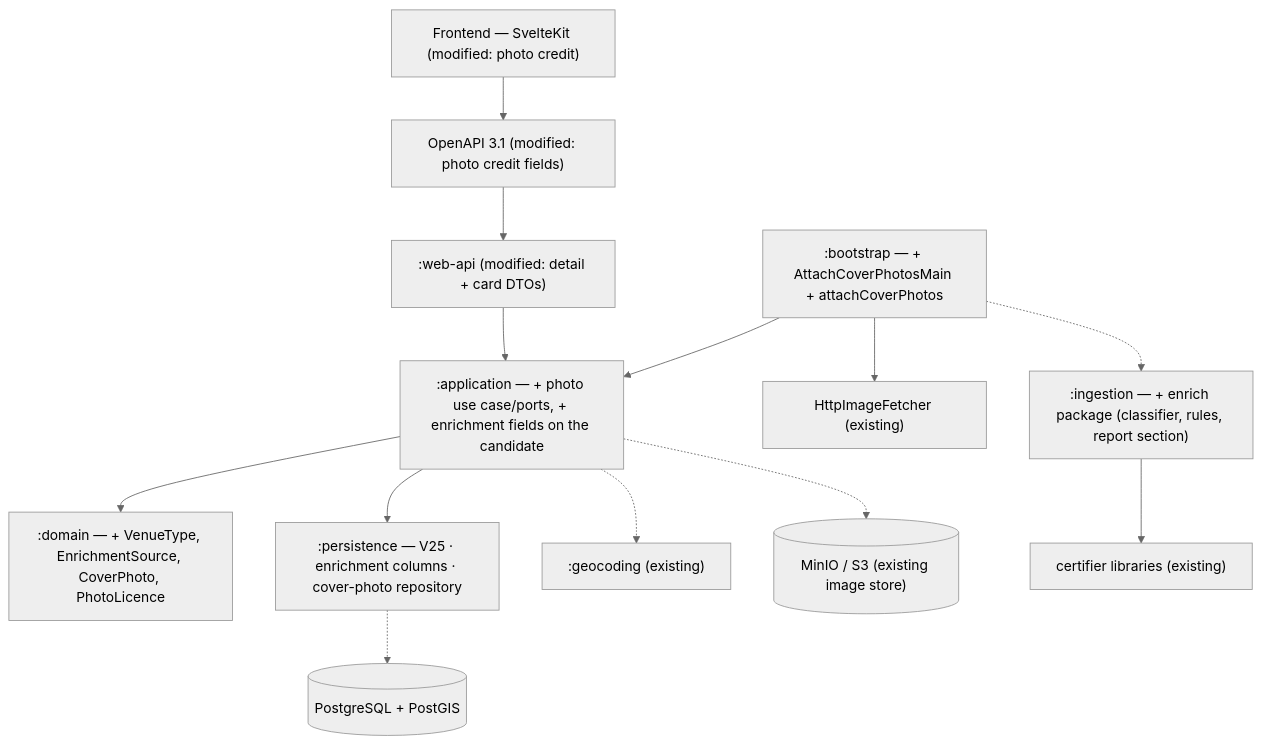
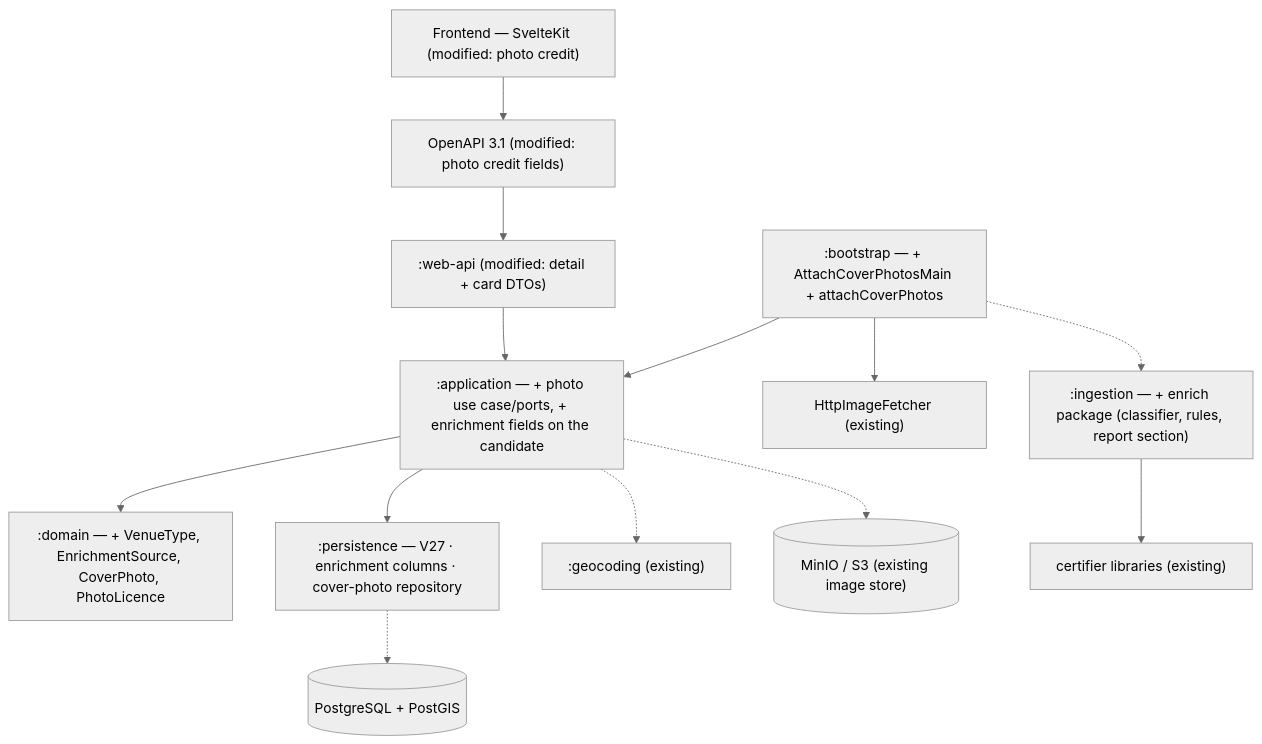
The diagram in docs/features/SC-231/07-class-diagram-complete.md (Losers-Lab/tahirs-list), drawn with Mermaid (neutral theme) before and after one commit. The commit also changed other lines of this file and 7 other files, not shown here.

````diff
--- a/docs/features/SC-231/07-class-diagram-complete.md
+++ b/docs/features/SC-231/07-class-diagram-complete.md
@@ -7,16 +7,16 @@
 ```mermaid
 flowchart TB
   FE["Frontend — SvelteKit (modified: photo credit)"] --> API["OpenAPI 3.1 (modified: photo credit fields)"]
   API --> WEB[":web-api (modified: detail + card DTOs)"]
   WEB --> APP[":application — + photo use case/ports, + enrichment fields on the candidate"]
   APP --> DOM[":domain — + VenueType, EnrichmentSource, CoverPhoto, PhotoLicence"]
-  APP --> PER[":persistence — V25 · enrichment columns · cover-photo repository"]
+  APP --> PER[":persistence — V27 · enrichment columns · cover-photo repository"]
   BOOT[":bootstrap — + AttachCoverPhotosMain + attachCoverPhotos"] --> APP
   BOOT --> IMGF["HttpImageFetcher (existing)"]
   ING[":ingestion — + enrich package (classifier, rules, report section)"]
   BOOT -.-> ING
   ING --> SRC["certifier libraries (existing)"]
   APP -.-> GEO[":geocoding (existing)"]
   PER -.-> PG[("PostgreSQL + PostGIS")]
   APP -.-> OBJ[("MinIO / S3 (existing image store)")]
 ```
````
